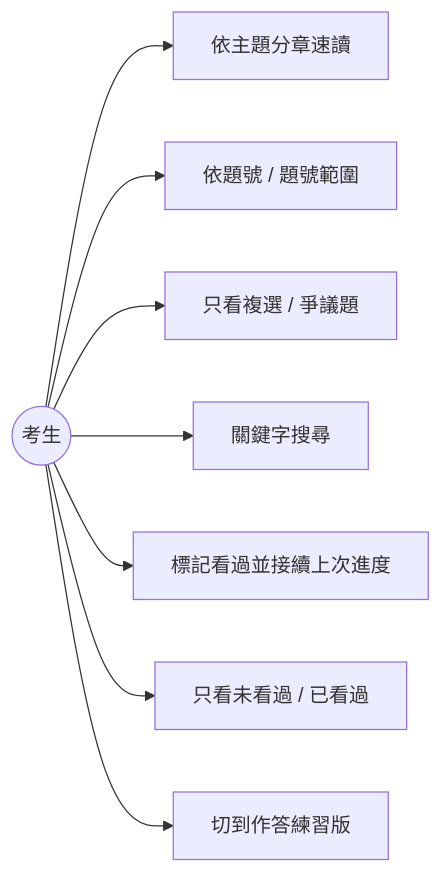
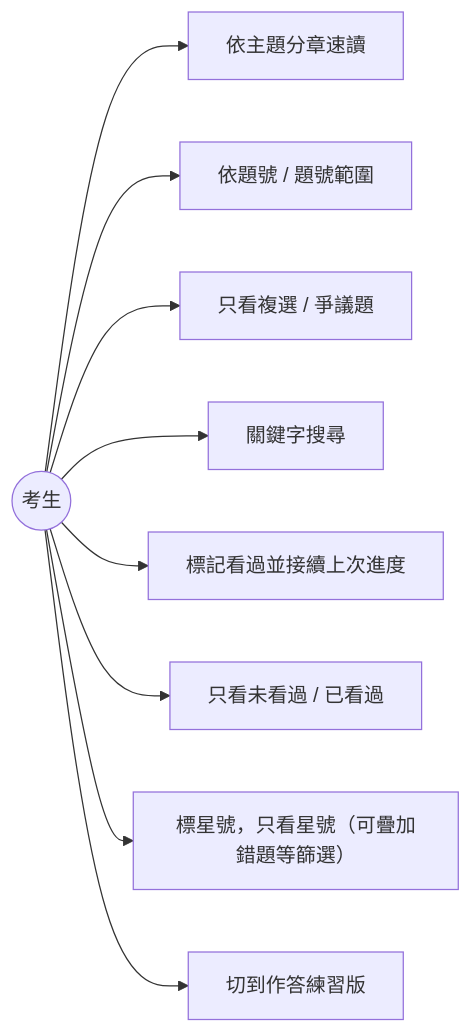
The fourth of 5 diagrams in gen_answer_zh.md (cuteman0725/aws-dea-c01-question-bank), drawn with Mermaid before and after one commit. The commit also changed 3 other files, not shown here.

````diff
--- a/gen_answer_zh.md
+++ b/gen_answer_zh.md
@@ -104,11 +104,12 @@
 ```mermaid
 flowchart LR
     U((考生))
     U --> UC0[依主題分章速讀]
     U --> UC1[依題號 / 題號範圍]
     U --> UC2[只看複選 / 爭議題]
     U --> UC3[關鍵字搜尋]
     U --> UC4[標記看過並接續上次進度]
     U --> UC6[只看未看過 / 已看過]
+    U --> UC7[標星號，只看星號（可疊加錯題等篩選）]
     U --> UC5[切到作答練習版]
 ```
````
